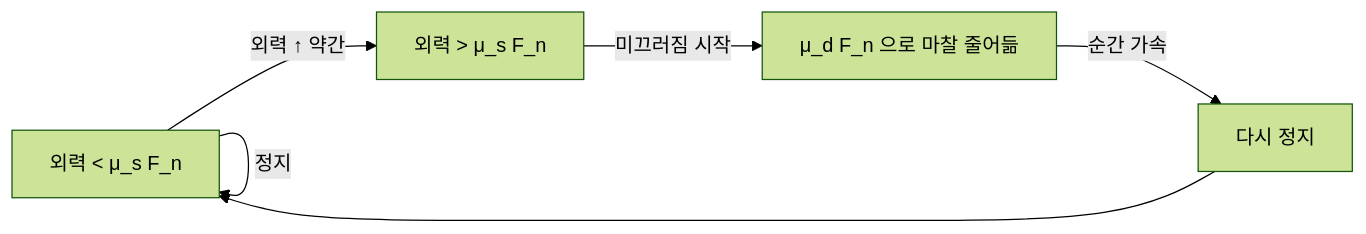
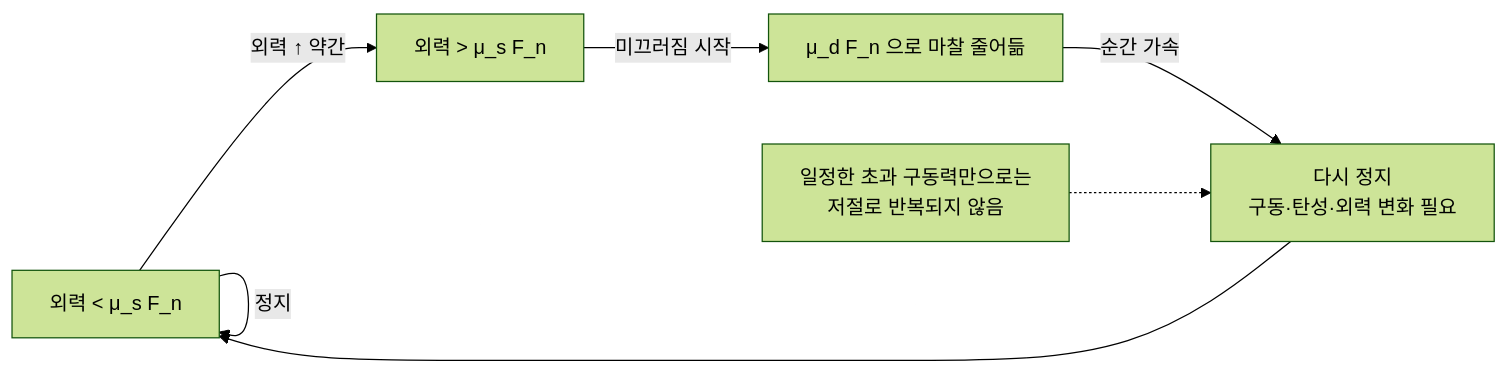
Before and after one commit to Rein-ArXiv/game-dev-curriculum: the sixth of 7 diagrams in physics/part09_friction_restitution.md, drawn with Mermaid (forest theme). The commit also changed other lines of this file and 279 other files, not shown here.

````diff
--- a/physics/part09_friction_restitution.md
+++ b/physics/part09_friction_restitution.md
@@ -459,8 +466,9 @@
 ```mermaid
 flowchart LR
     Below[외력 < μ_s F_n] -->|정지| Below
     Below -->|외력 ↑ 약간| Above[외력 > μ_s F_n]
     Above -->|미끄러짐 시작| Drop[μ_d F_n 으로 마찰 줄어듦]
-    Drop -->|순간 가속| Stop[다시 정지]
+    Drop -->|순간 가속| Stop[다시 정지<br/>구동·탄성·외력 변화 필요]
     Stop --> Below
+    Note[일정한 초과 구동력만으로는<br/>저절로 반복되지 않음] -.-> Stop
 ```
````
